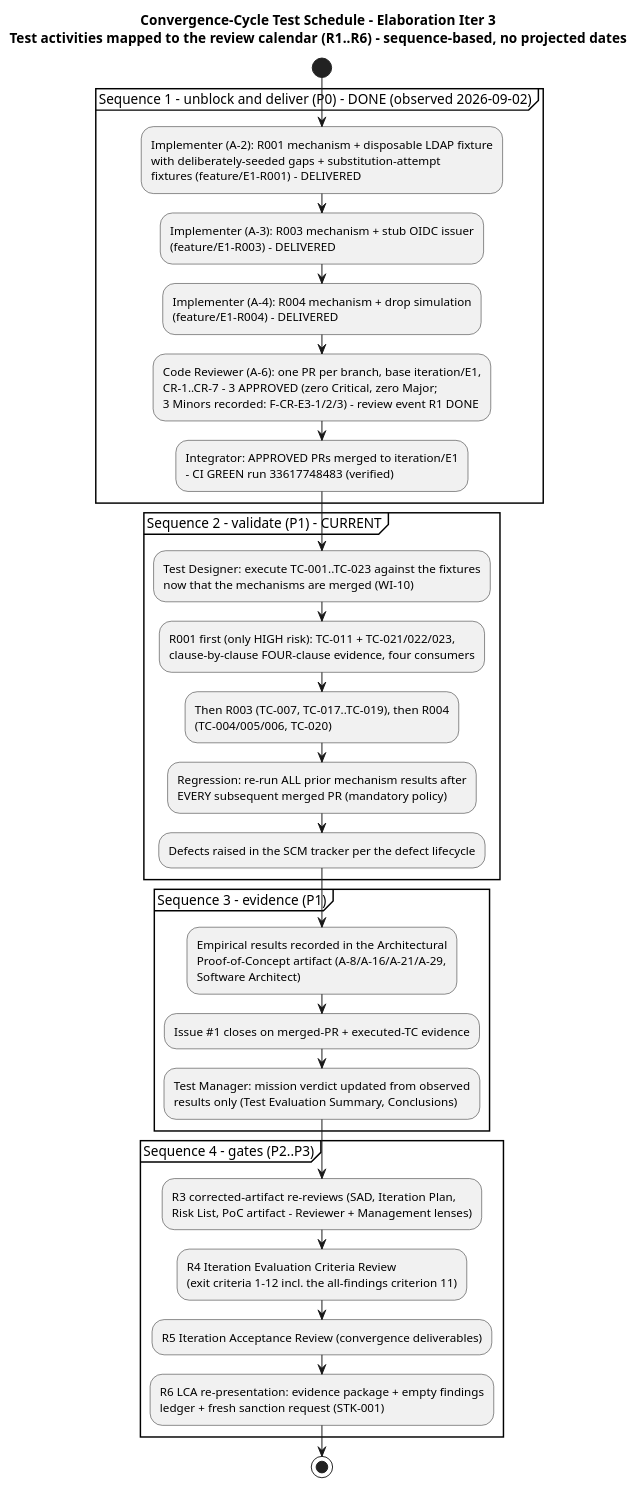
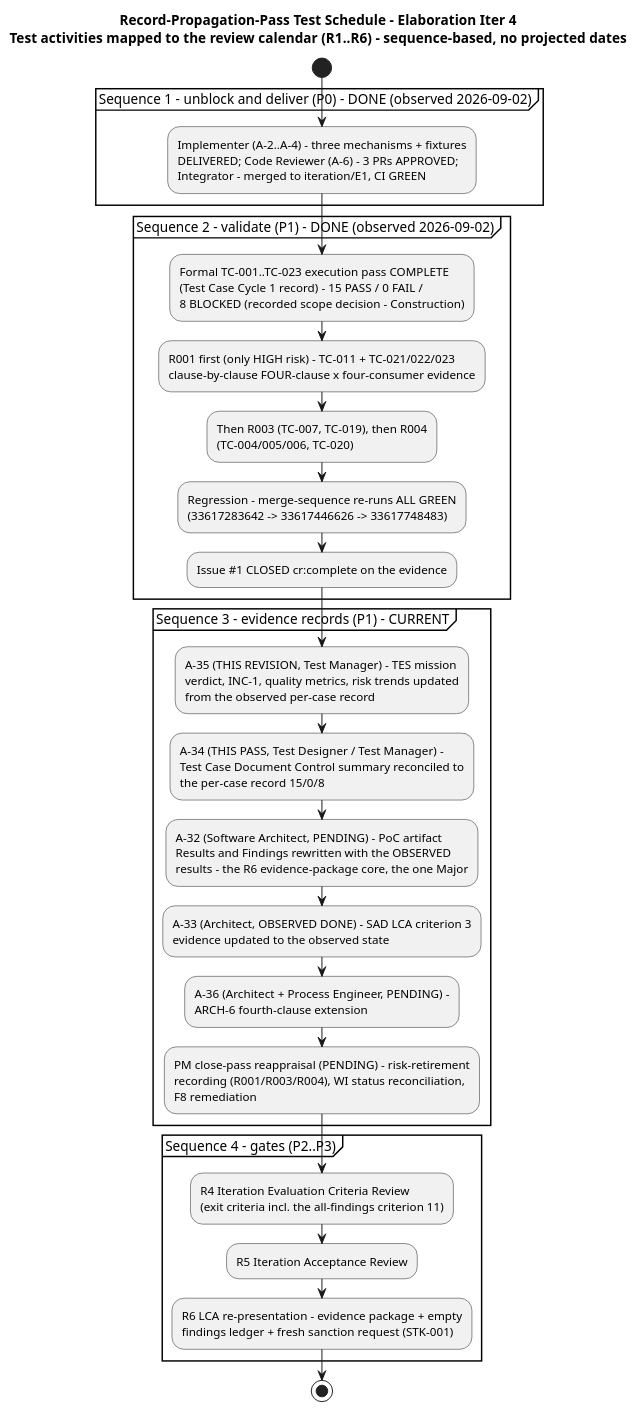
Before and after one commit to banense-test/employee-portal: the fourth of 5 diagrams in docs/artifacts/test/test-evaluation-summary.md, drawn with PlantUML. The commit also changed other lines of this file, not shown here.

First line of the commit message:
Test Manager [E4]: upsert Test Evaluation Summary

````diff
--- a/docs/artifacts/test/test-evaluation-summary.md
+++ b/docs/artifacts/test/test-evaluation-summary.md
@@ -242,33 +227,31 @@
 ```plantuml
 @startuml
-title Convergence-Cycle Test Schedule - Elaboration Iter 3\nTest activities mapped to the review calendar (R1..R6) - sequence-based, no projected dates
+title Record-Propagation-Pass Test Schedule - Elaboration Iter 4\nTest activities mapped to the review calendar (R1..R6) - sequence-based, no projected dates
 
 start
 partition "Sequence 1 - unblock and deliver (P0) - DONE (observed 2026-09-02)" {
-  :Implementer (A-2): R001 mechanism + disposable LDAP fixture\nwith deliberately-seeded gaps + substitution-attempt\nfixtures (feature/E1-R001) - DELIVERED;
-  :Implementer (A-3): R003 mechanism + stub OIDC issuer\n(feature/E1-R003) - DELIVERED;
-  :Implementer (A-4): R004 mechanism + drop simulation\n(feature/E1-R004) - DELIVERED;
-  :Code Reviewer (A-6): one PR per branch, base iteration/E1,\nCR-1..CR-7 - 3 APPROVED (zero Critical, zero Major;\n3 Minors recorded: F-CR-E3-1/2/3) - review event R1 DONE;
-  :Integrator: APPROVED PRs merged to iteration/E1\n- CI GREEN run 33617748483 (verified);
+  :Implementer (A-2..A-4) - three mechanisms + fixtures\nDELIVERED; Code Reviewer (A-6) - 3 PRs APPROVED;\nIntegrator - merged to iteration/E1, CI GREEN;
 }
-partition "Sequence 2 - validate (P1) - CURRENT" {
-  :Test Designer: execute TC-001..TC-023 against the fixtures\nnow that the mechanisms are merged (WI-10);
-  :R001 first (only HIGH risk): TC-011 + TC-021/022/023,\nclause-by-clause FOUR-clause evidence, four consumers;
-  :Then R003 (TC-007, TC-017..TC-019), then R004\n(TC-004/005/006, TC-020);
-  :Regression: re-run ALL prior mechanism results after\nEVERY subsequent merged PR (mandatory policy);
-  :Defects raised in the SCM tracker per the defect lifecycle;
+partition "Sequence 2 - validate (P1) - DONE (observed 2026-09-02)" {
+  :Formal TC-001..TC-023 execution pass COMPLETE\n(Test Case Cycle 1 record) - 15 PASS / 0 FAIL /\n8 BLOCKED (recorded scope decision - Construction);
+  :R001 first (only HIGH risk) - TC-011 + TC-021/022/023\nclause-by-clause FOUR-clause x four-consumer evidence;
+  :Then R003 (TC-007, TC-019), then R004\n(TC-004/005/006, TC-020);
+  :Regression - merge-sequence re-runs ALL GREEN\n(33617283642 -> 33617446626 -> 33617748483);
+  :Issue #1 CLOSED cr:complete on the evidence;
 }
-partition "Sequence 3 - evidence (P1)" {
-  :Empirical results recorded in the Architectural\nProof-of-Concept artifact (A-8/A-16/A-21/A-29,\nSoftware Architect);
-  :Issue #1 closes on merged-PR + executed-TC evidence;
-  :Test Manager: mission verdict updated from observed\nresults only (Test Evaluation Summary, Conclusions);
+partition "Sequence 3 - evidence records (P1) - CURRENT" {
+  :A-35 (THIS REVISION, Test Manager) - TES mission\nverdict, INC-1, quality metrics, risk trends updated\nfrom the observed per-case record;
+  :A-34 (THIS PASS, Test Designer / Test Manager) -\nTest Case Document Control summary reconciled to\nthe per-case record 15/0/8;
+  :A-32 (Software Architect, PENDING) - PoC artifact\nResults and Findings rewritten with the OBSERVED\nresults - the R6 evidence-package core, the one Major;
+  :A-33 (Architect, OBSERVED DONE) - SAD LCA criterion 3\nevidence updated to the observed state;
+  :A-36 (Architect + Process Engineer, PENDING) -\nARCH-6 fourth-clause extension;
+  :PM close-pass reappraisal (PENDING) - risk-retirement\nrecording (R001/R003/R004), WI status reconciliation,\nF8 remediation;
 }
 partition "Sequence 4 - gates (P2..P3)" {
-  :R3 corrected-artifact re-reviews (SAD, Iteration Plan,\nRisk List, PoC artifact - Reviewer + Management lenses);
-  :R4 Iteration Evaluation Criteria Review\n(exit criteria 1-12 incl. the all-findings criterion 11);
-  :R5 Iteration Acceptance Review (convergence deliverables);
-  :R6 LCA re-presentation: evidence package + empty findings\nledger + fresh sanction request (STK-001);
+  :R4 Iteration Evaluation Criteria Review\n(exit criteria incl. the all-findings criterion 11);
+  :R5 Iteration Acceptance Review;
+  :R6 LCA re-presentation - evidence package + empty\nfindings ledger + fresh sanction request (STK-001);
 }
 stop
 @enduml
 ```
````
